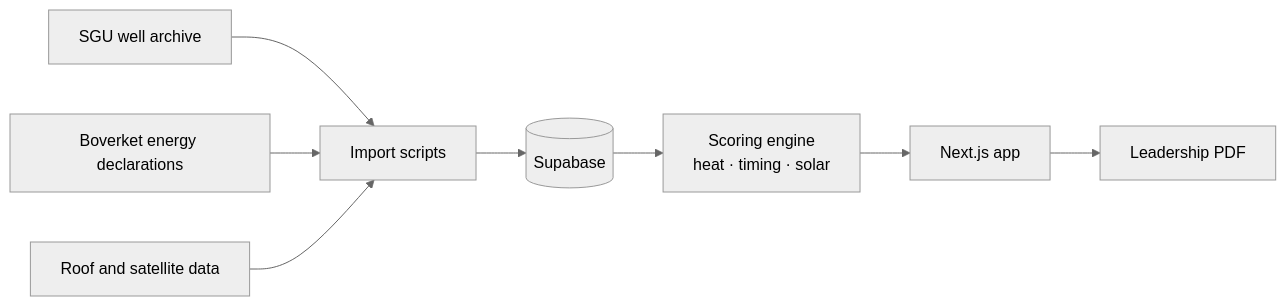
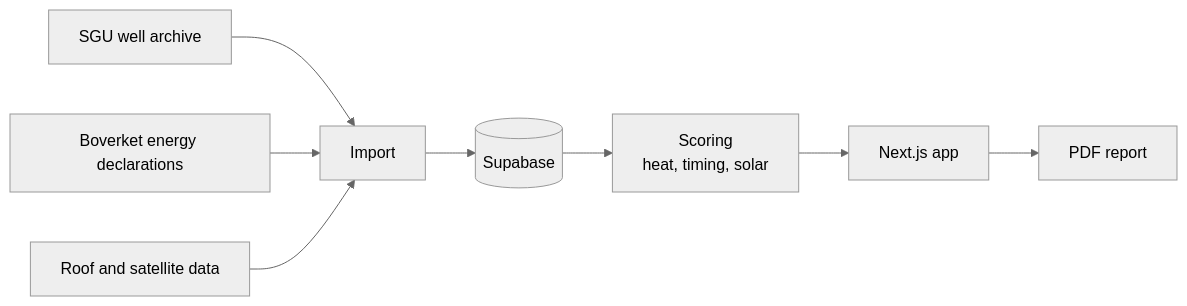
The diagram in README.md (johanmatsgard/huskartan-case-study), drawn with Mermaid (neutral theme) before and after one commit. The commit also changed other lines of this file, not shown here.

````diff
--- a/README.md
+++ b/README.md
@@ -24,10 +15,10 @@
 ```mermaid
 flowchart LR
-  SGU[SGU well archive] --> ETL[Import scripts]
+  SGU[SGU well archive] --> ETL[Import]
   BOV[Boverket energy declarations] --> ETL
   ROOF[Roof and satellite data] --> ETL
   ETL --> DB[(Supabase)]
-  DB --> SCORE[Scoring engine<br/>heat · timing · solar]
+  DB --> SCORE[Scoring<br/>heat, timing, solar]
   SCORE --> APP[Next.js app]
-  APP --> PDF[Leadership PDF]
+  APP --> PDF[PDF report]
 ```
````
